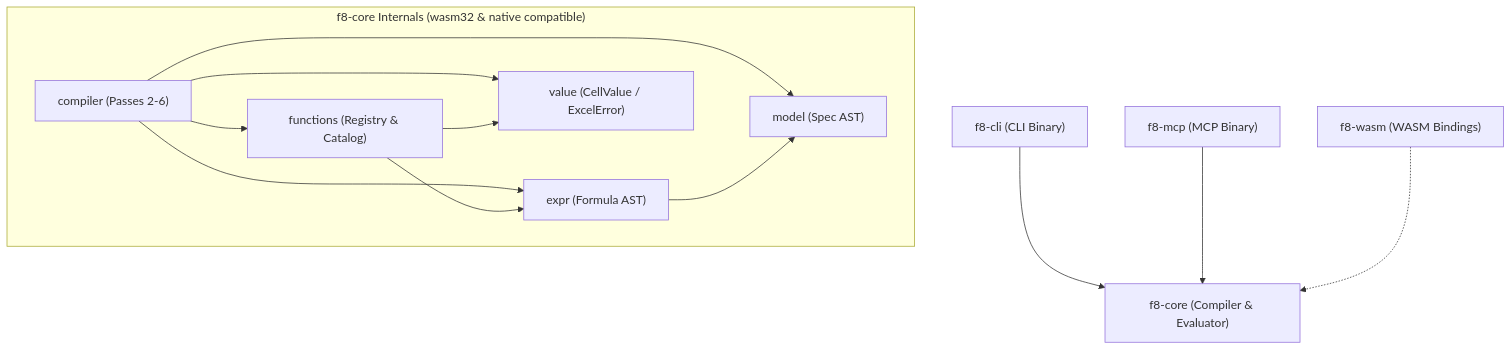
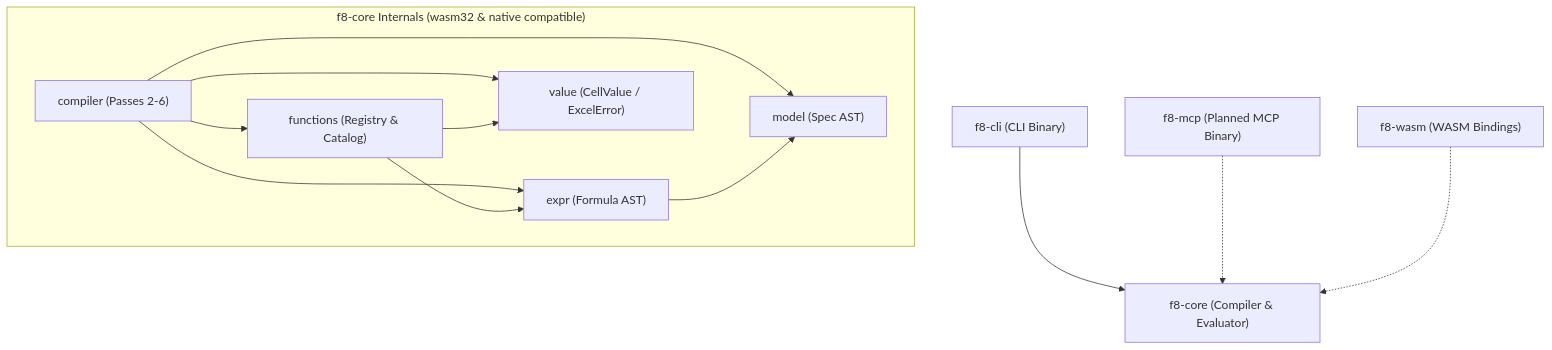
One commit to mhcfa/f8 changed the diagram in docs/codebase-structure.md. Above: the diagram before and after it, drawn with Mermaid. The commit also changed other lines of this file and 7 other files, not shown here.

````diff
--- a/docs/codebase-structure.md
+++ b/docs/codebase-structure.md
@@ -96,17 +92,17 @@
 ```mermaid
 flowchart TD
     CLI["f8-cli (CLI Binary)"] --> Core["f8-core (Compiler & Evaluator)"]
-    MCP["f8-mcp (MCP Binary)"] --> Core
+    MCP["f8-mcp (Planned MCP Binary)"] -.-> Core
     WASM["f8-wasm (WASM Bindings)"] -.-> Core
 
     subgraph CoreInternals ["f8-core Internals (wasm32 & native compatible)"]
         CompilerPasses["compiler (Passes 2-6)"] --> Functions["functions (Registry & Catalog)"]
         CompilerPasses --> Expr["expr (Formula AST)"]
         CompilerPasses --> Model["model (Spec AST)"]
         CompilerPasses --> Value["value (CellValue / ExcelError)"]
 
         Functions --> Value
         Functions --> Expr
         Expr --> Model
     end
 ```
````
